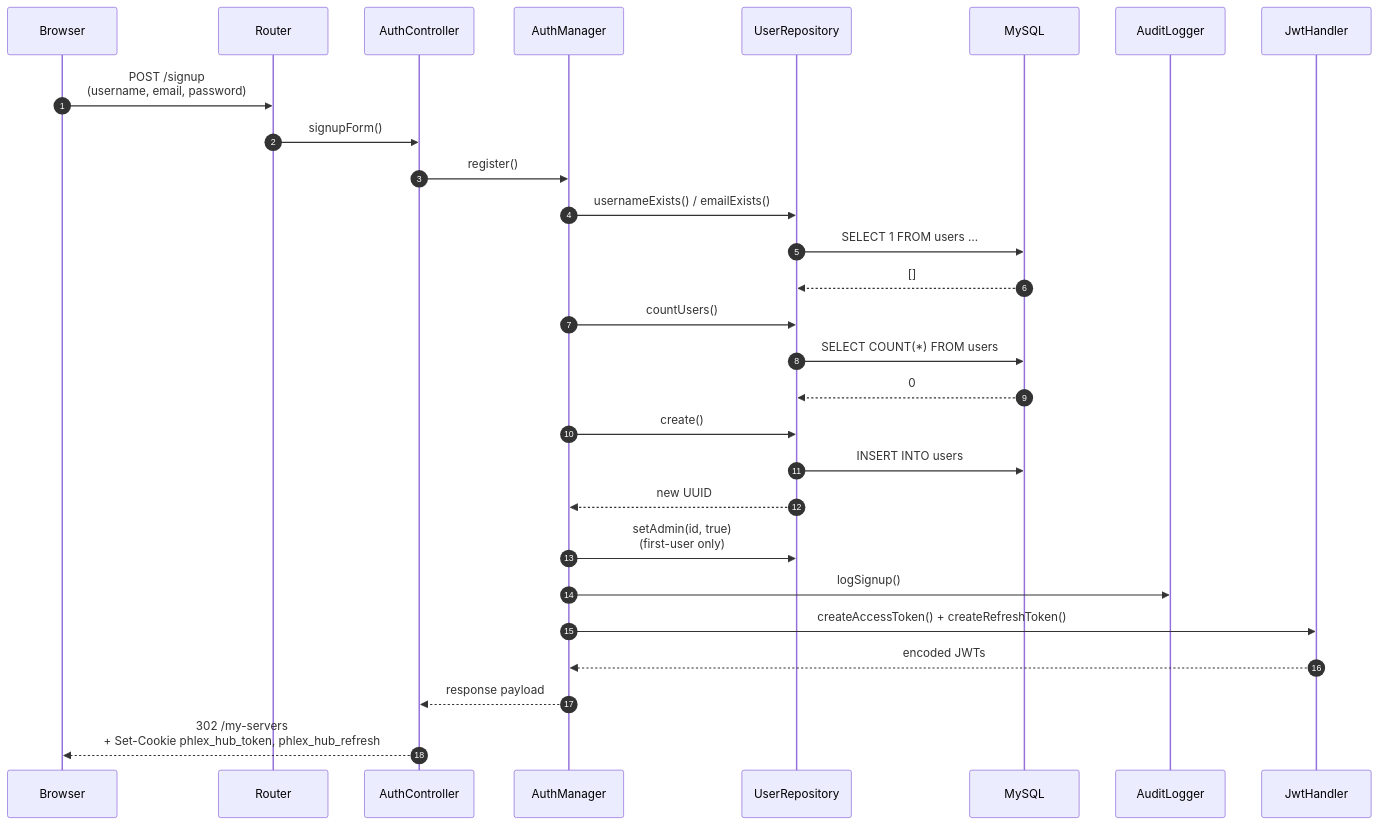
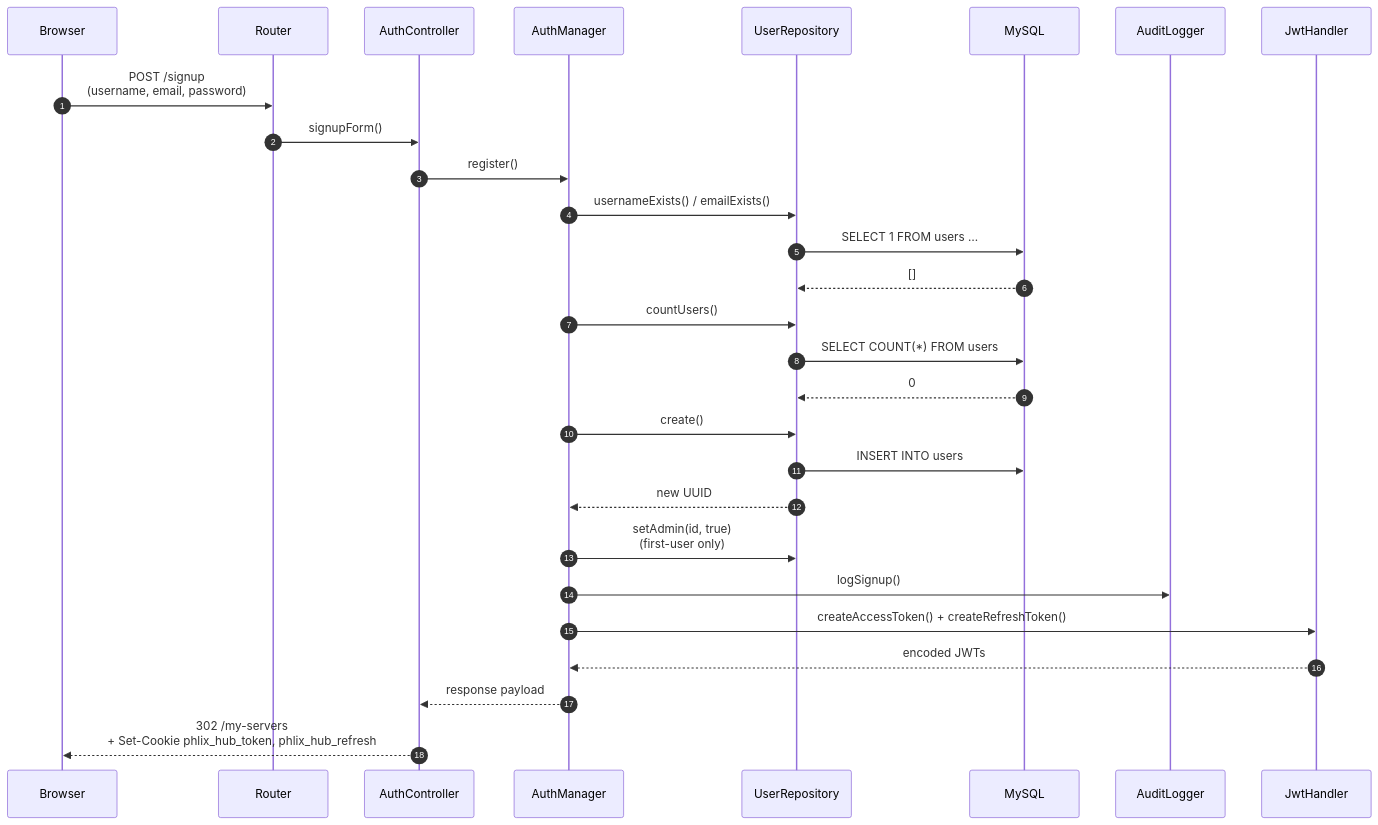
One commit to detain/phlix-hub changed the first of 3 diagrams in docs/dev/architecture-hub.md. Above: the diagram before and after it, drawn with Mermaid. The commit also changed other lines of this file and 147 other files, not shown here.

Commit message:
chore: rename phlex → phlix (#14)

````diff
--- a/docs/dev/architecture-hub.md
+++ b/docs/dev/architecture-hub.md
@@ -45,31 +45,31 @@
 ```mermaid
 sequenceDiagram
     autonumber
     participant Browser
     participant Router
     participant AuthController
     participant AuthManager
     participant UserRepository
     participant DB as MySQL
     participant Audit as AuditLogger
     participant JwtHandler
 
     Browser->>Router: POST /signup<br/>(username, email, password)
     Router->>AuthController: signupForm()
     AuthController->>AuthManager: register()
     AuthManager->>UserRepository: usernameExists() / emailExists()
     UserRepository->>DB: SELECT 1 FROM users …
     DB-->>UserRepository: []
     AuthManager->>UserRepository: countUsers()
     UserRepository->>DB: SELECT COUNT(*) FROM users
     DB-->>UserRepository: 0
     AuthManager->>UserRepository: create()
     UserRepository->>DB: INSERT INTO users
     UserRepository-->>AuthManager: new UUID
     AuthManager->>UserRepository: setAdmin(id, true)<br/>(first-user only)
     AuthManager->>Audit: logSignup()
     AuthManager->>JwtHandler: createAccessToken() + createRefreshToken()
     JwtHandler-->>AuthManager: encoded JWTs
     AuthManager-->>AuthController: response payload
-    AuthController-->>Browser: 302 /my-servers<br/>+ Set-Cookie phlex_hub_token, phlex_hub_refresh
+    AuthController-->>Browser: 302 /my-servers<br/>+ Set-Cookie phlix_hub_token, phlix_hub_refresh
 ```
````
